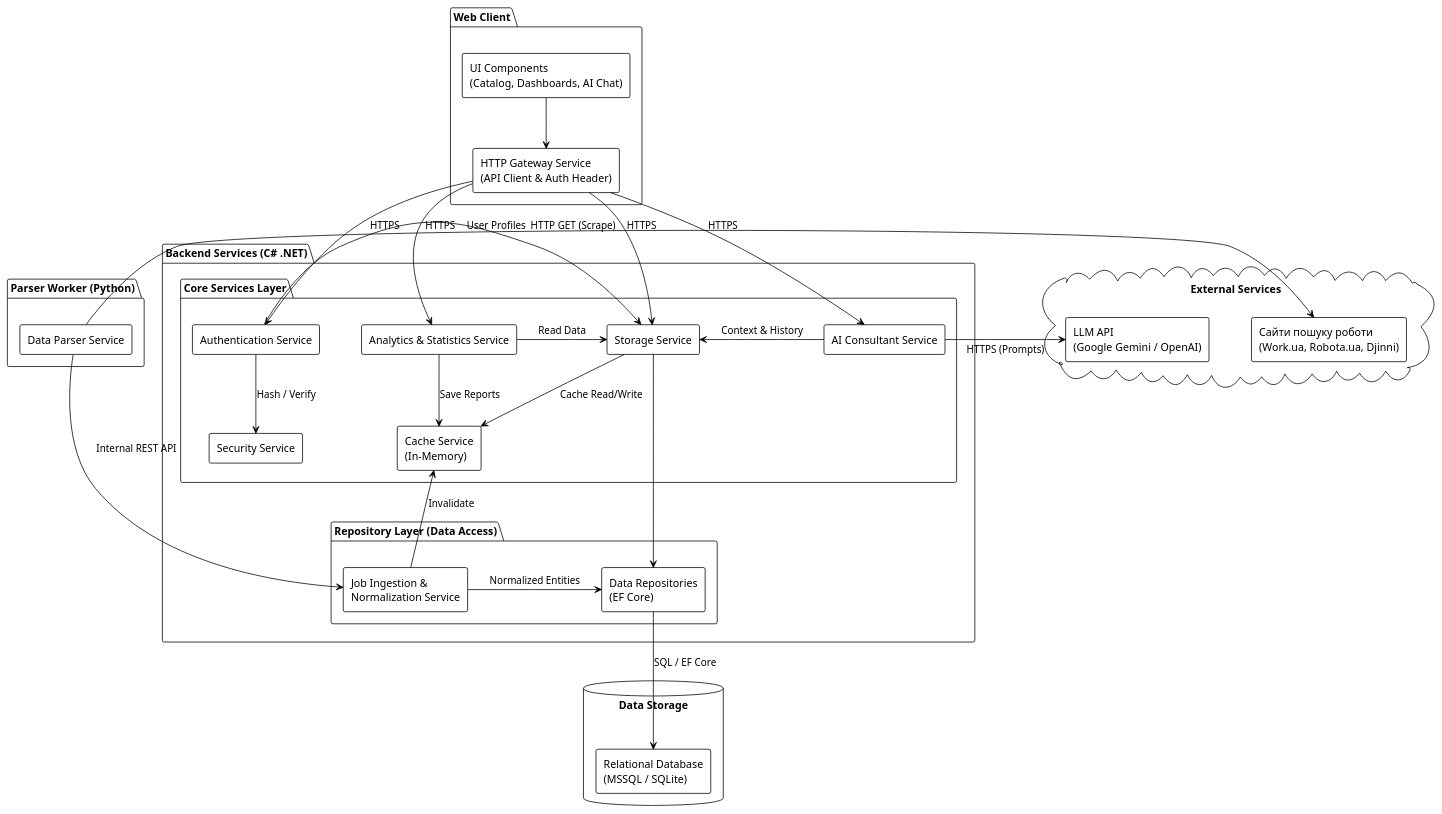
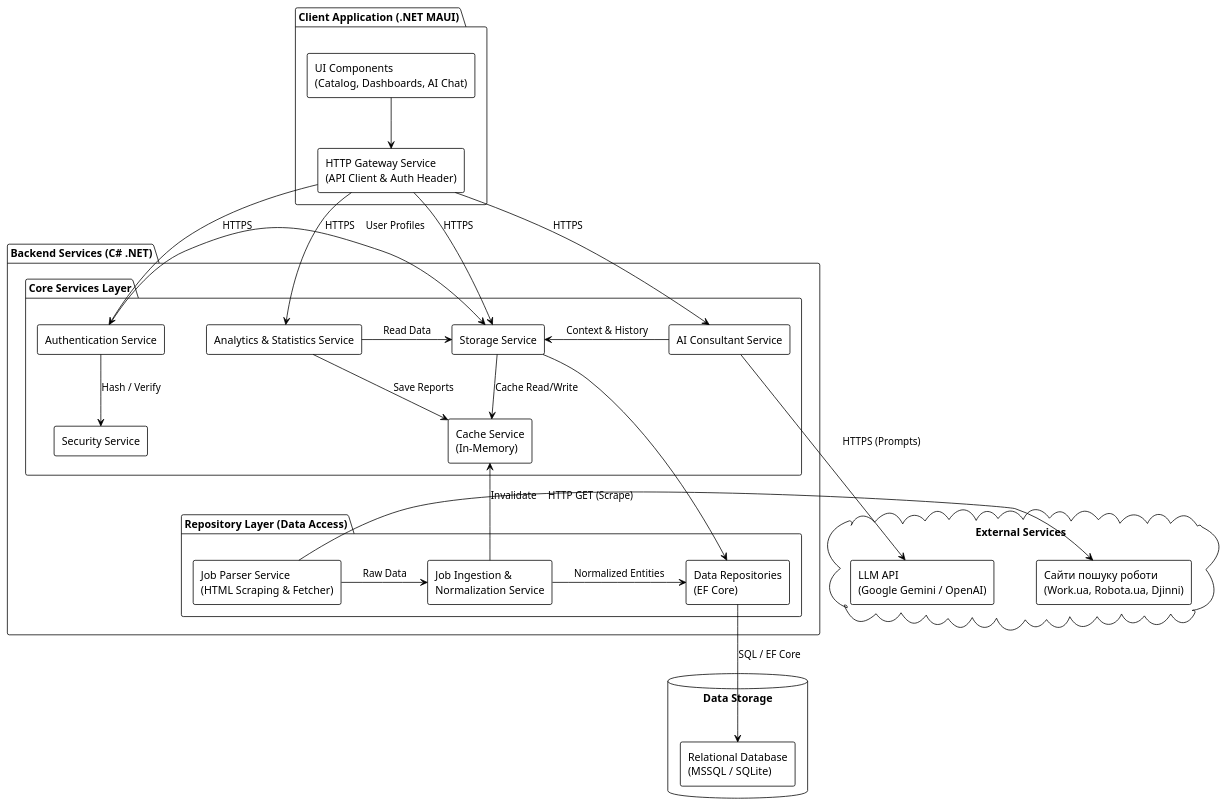
The diagram in docs/architecture/uml/component-diagram.puml (ukma-fin-ssdm-2026/waterfall), drawn with PlantUML before and after one commit. The commit also changed other lines of this file and 4 other files, not shown here.

Commit message:
added architecture and diagrams

```diff
--- a/docs/architecture/uml/component-diagram.puml
+++ b/docs/architecture/uml/component-diagram.puml
@@ -1,72 +2,69 @@
 @startuml
 !theme plain
 skinparam componentStyle rectangle
 skinparam nodesep 55
 skinparam ranksep 65
 skinparam packagePadding 16
 
-package "Web Client" {
+package "Client Application (.NET MAUI)" {
     [UI Components\n(Catalog, Dashboards, AI Chat)] as UI
     [HTTP Gateway Service\n(API Client & Auth Header)] as HTTPGateway
     UI -down-> HTTPGateway
 }
 
 package "Backend Services (C# .NET)" {
     package "Core Services Layer" {
         [Authentication Service] as AuthService
         [Storage Service] as StorageService
         [Analytics & Statistics Service] as AnalyticsService
         [AI Consultant Service] as AIService
         
         [Security Service] as SecurityService
         [Cache Service\n(In-Memory)] as CacheService
         
         AuthService -down-> SecurityService : Hash / Verify
         AuthService -right-> StorageService : User Profiles
         
         StorageService -down-> CacheService : Cache Read/Write
         
         AnalyticsService -left-> StorageService : Read Data
         AnalyticsService -down-> CacheService : Save Reports
         
         AIService -left-> StorageService : Context & History
     }
 
     package "Repository Layer (Data Access)" {
+        [Job Parser Service\n(HTML Scraping & Fetcher)] as ParserService
         [Job Ingestion &\nNormalization Service] as IngestionService
         [Data Repositories\n(EF Core)] as Repo
         
+        ParserService -right-> IngestionService : Raw Data
         IngestionService -right-> Repo : Normalized Entities
         IngestionService -up-> CacheService : Invalidate
     }
-}
-
-package "Parser Worker (Python)" {
-    [Data Parser Service] as Parser
 }
 
 database "Data Storage" {
     [Relational Database\n(MSSQL / SQLite)] as DB
 }
 
 cloud "External Services" {
     [LLM API\n(Google Gemini / OpenAI)] as AI
     [Сайти пошуку роботи\n(Work.ua, Robota.ua, Djinni)] as JobSites
 }
 
-' Web to Core
+' Client to Core
 HTTPGateway -down-> AuthService : HTTPS
 HTTPGateway -down-> StorageService : HTTPS
 HTTPGateway -down-> AnalyticsService : HTTPS
 HTTPGateway -down-> AIService : HTTPS
 
 ' Core to Repo & DB
 StorageService -down-> Repo
 Repo -down-> DB : SQL / EF Core
 
-' Parser & External
-Parser -left-> JobSites : HTTP GET (Scrape)
-Parser -down-> IngestionService : Internal REST API
+' Data Ingestion & External
+ParserService -right-> JobSites : HTTP GET (Scrape)
 AIService -right-> AI : HTTPS (Prompts)
 
 @enduml
```
